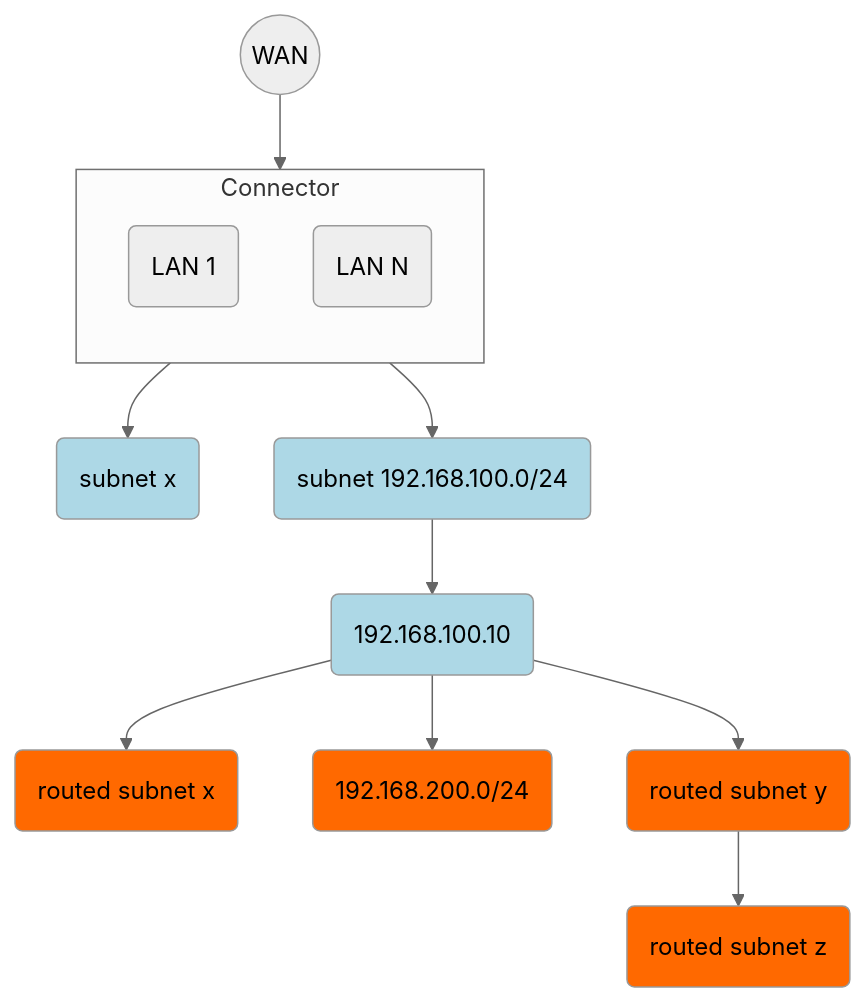
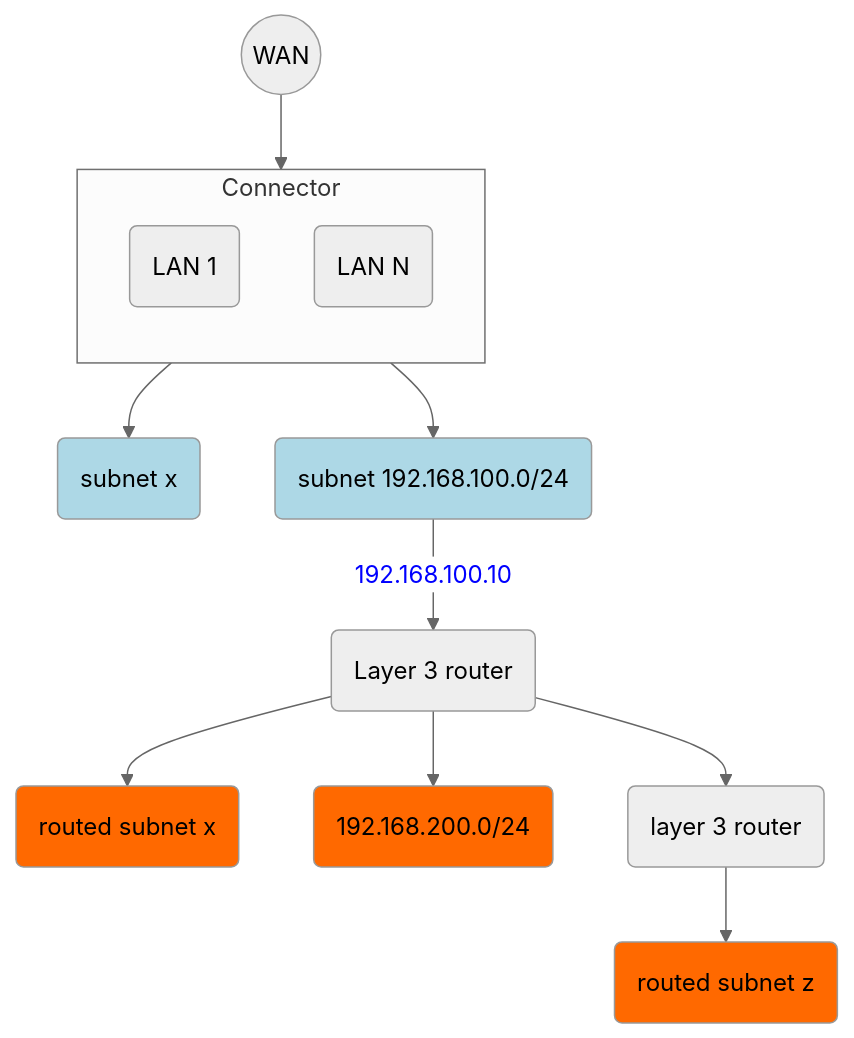
Before and after one commit to cloudflare/cloudflare-docs: the first of 2 diagrams in content/magic-wan/configuration/connector/network-options/routed-subnets.md, drawn with Mermaid (neutral theme).

Commit message:
corrected graph

````diff
--- a/content/magic-wan/configuration/connector/network-options/routed-subnets.md
+++ b/content/magic-wan/configuration/connector/network-options/routed-subnets.md
@@ -6,26 +6,27 @@
 ```mermaid
 flowchart TB
 accTitle: Routed subnets
 accDescr: Some LANs are complex, and might have additional subnets behind L3 routers.
 
 a((WAN)) --> b
 
 subgraph b [Connector]
 direction TB
 c(LAN 1)
 d(LAN N)
 end
 
 c --> e(subnet x):::blue
 d --> f(subnet 192.168.100.0/24):::blue
 
-f --> g(192.168.100.10):::blue
+f-->|192.168.100.10|g(Layer 3 router)
 
 g --> h(routed subnet x):::red
 g --> i(192.168.200.0/24):::red
-g --> j(routed subnet y):::red
+g --> j(layer 3 router)
 j --> k(routed subnet z):::red
 
+linkStyle 3 color:blue
 classDef blue fill:#add8e6
 classDef red fill:#ff6900
 ```
````
